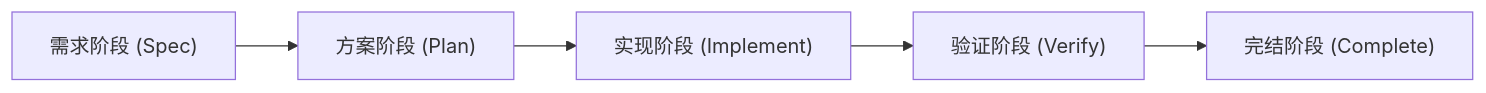
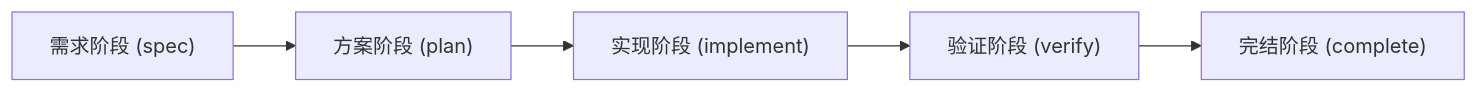
The first of 2 diagrams in docs/workflow/SDD/SDD.md (liushoukun/reason-cavalier), drawn with Mermaid before and after one commit. The commit also changed other lines of this file and 8 other files, not shown here.

````diff
--- a/docs/workflow/SDD/SDD.md
+++ b/docs/workflow/SDD/SDD.md
@@ -9,7 +9,7 @@
 ```mermaid
 flowchart LR
-  R["需求阶段 (Spec)"] --> D["方案阶段 (Plan)"]
-  D --> I["实现阶段 (Implement)"]
-  I --> V["验证阶段 (Verify)"]
-  V --> F["完结阶段 (Complete)"]
+  R["需求阶段 (spec)"] --> D["方案阶段 (plan)"]
+  D --> I["实现阶段 (implement)"]
+  I --> V["验证阶段 (verify)"]
+  V --> F["完结阶段 (complete)"]
 ```
````
